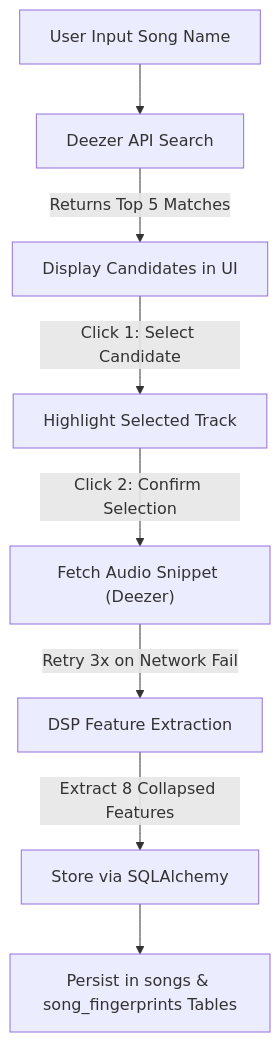
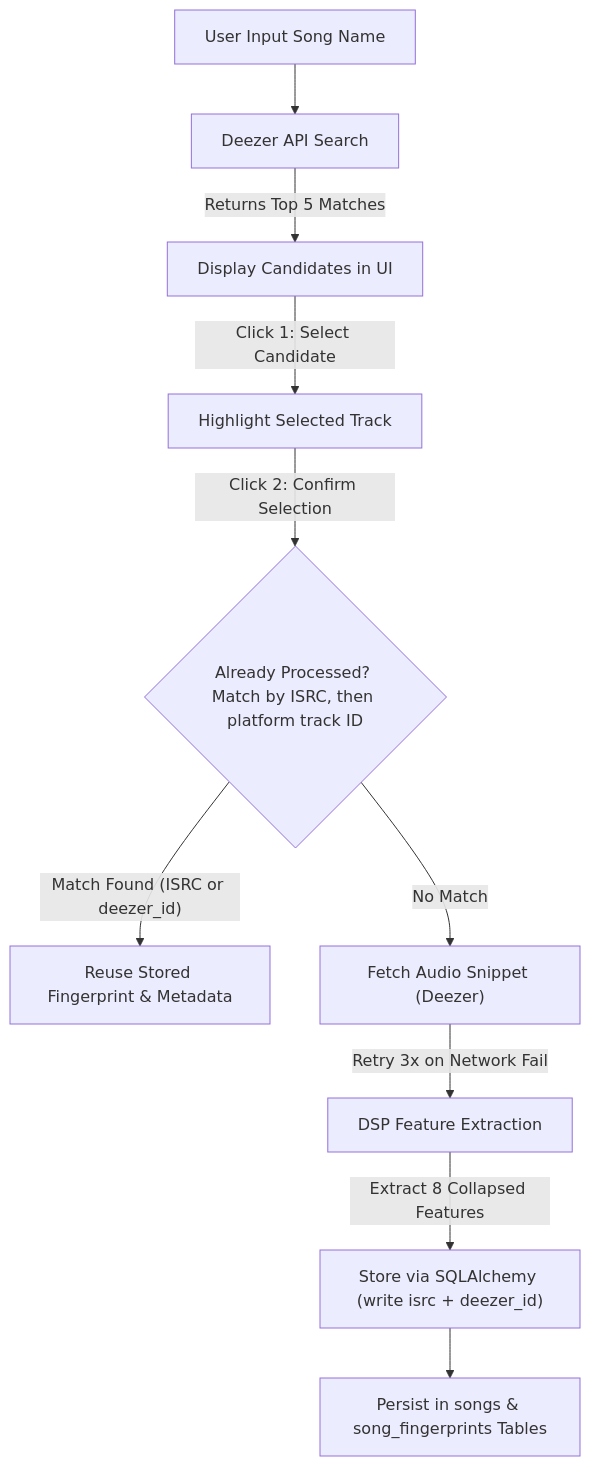
The second of 2 diagrams in specs/001-song-fingerprint-engine/data-model.md (AhmedAl-Hayali/AgenticGenreGuru), drawn with Mermaid before and after one commit. The commit also changed other lines of this file and 3 other files, not shown here.

Commit message:
docs(specify-plan-etc): incorporate dedup handling w/ isrc; data model attributes include nullability now

````diff
--- a/specs/001-song-fingerprint-engine/data-model.md
+++ b/specs/001-song-fingerprint-engine/data-model.md
@@ -78,10 +84,12 @@
 ```mermaid
 flowchart TD
     A["User Input Song Name"] --> B["Deezer API Search"]
     B -->|"Returns Top 5 Matches"| C["Display Candidates in UI"]
     C -->|"Click 1: Select Candidate"| D["Highlight Selected Track"]
-    D -->|"Click 2: Confirm Selection"| E["Fetch Audio Snippet (Deezer)"]
+    D -->|"Click 2: Confirm Selection"| DEDUP{"Already Processed? Match by ISRC, then platform track ID"}
+    DEDUP -->|"Match Found (ISRC or deezer_id)"| REUSE["Reuse Stored Fingerprint & Metadata"]
+    DEDUP -->|"No Match"| E["Fetch Audio Snippet (Deezer)"]
     E -->|"Retry 3x on Network Fail"| F["DSP Feature Extraction"]
-    F -->|"Extract 8 Collapsed Features"| G["Store via SQLAlchemy"]
+    F -->|"Extract 8 Collapsed Features"| G["Store via SQLAlchemy (write isrc + deezer_id)"]
     G --> H["Persist in songs & song_fingerprints Tables"]
 ```
````
